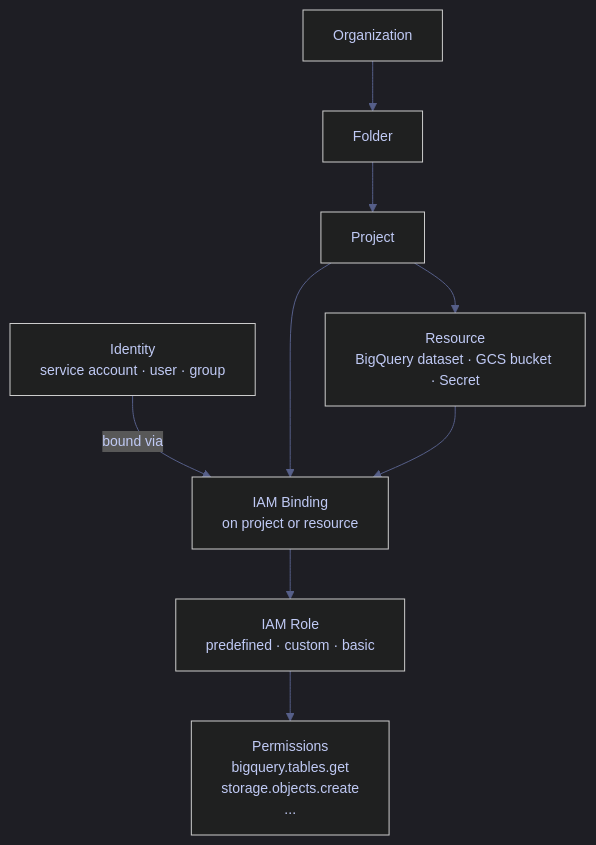
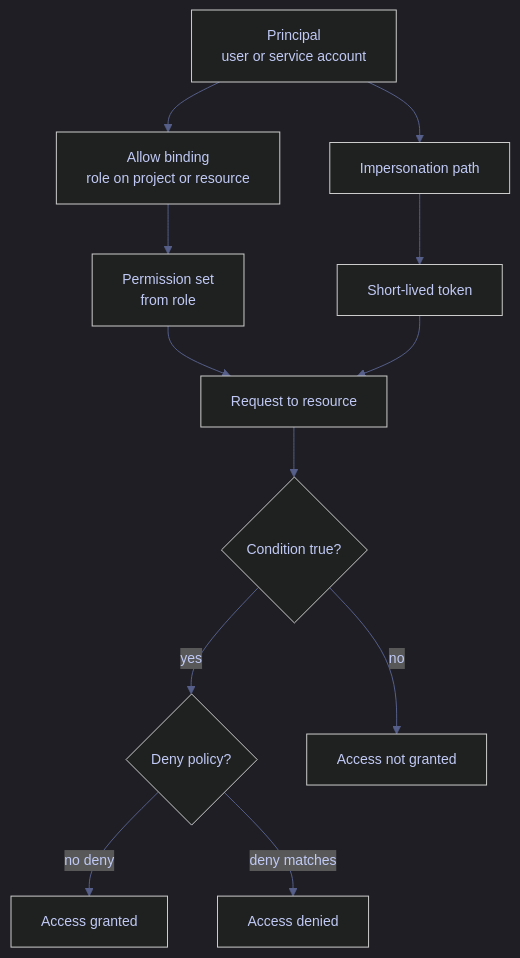
The diagram in content/06-GCP/08-Security/01-service-accounts-and-iam.md (alp78/elysium), drawn with Mermaid before and after one commit. The commit also changed other lines of this file and 493 other files, not shown here.

````diff
--- a/content/06-GCP/08-Security/01-service-accounts-and-iam.md
+++ b/content/06-GCP/08-Security/01-service-accounts-and-iam.md
@@ -44,23 +241,26 @@
 ```mermaid
 %%{init: {'theme': 'dark', 'themeVariables': {
   'primaryColor': '#292e42',
   'primaryTextColor': '#c0caf5',
   'primaryBorderColor': '#565f89',
   'lineColor': '#565f89',
   'secondaryColor': '#1a1b26',
   'tertiaryColor': '#24283b',
   'noteTextColor': '#c0caf5',
   'noteBkgColor': '#292e42',
   'textColor': '#c0caf5',
   'fontSize': '14px'
 }}}%%
 flowchart TD
-    ORG[Organization] --> FOLDER[Folder]
-    FOLDER --> PROJECT[Project]
-    PROJECT --> RESOURCE[Resource<br>BigQuery dataset · GCS bucket · Secret]
-    IDENTITY[Identity<br>service account · user · group] -->|bound via| BINDING[IAM Binding<br>on project or resource]
-    BINDING --> ROLE[IAM Role<br>predefined · custom · basic]
-    ROLE --> PERMS[Permissions<br>bigquery.tables.get<br>storage.objects.create<br>...]
-    PROJECT --> BINDING
-    RESOURCE --> BINDING
+    A["Principal<br/>user or service account"] --> B["Allow binding<br/>role on project or resource"]
+    B --> C["Permission set<br/>from role"]
+    C --> D["Request to resource"]
+    D --> E{"Condition true?"}
+    E -->|yes| F{"Deny policy?"}
+    E -->|no| G["Access not granted"]
+    F -->|no deny| H["Access granted"]
+    F -->|deny matches| I["Access denied"]
+    A --> J["Impersonation path"]
+    J --> K["Short-lived token"]
+    K --> D
 ```
````
